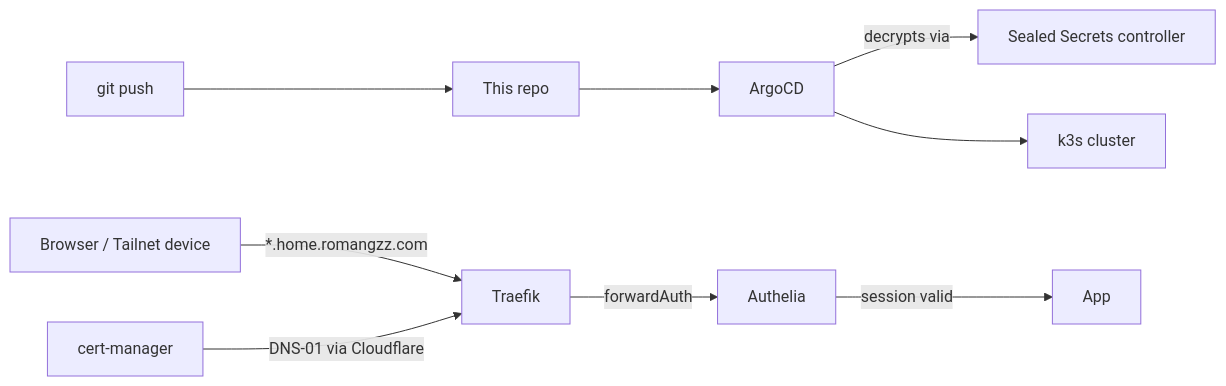
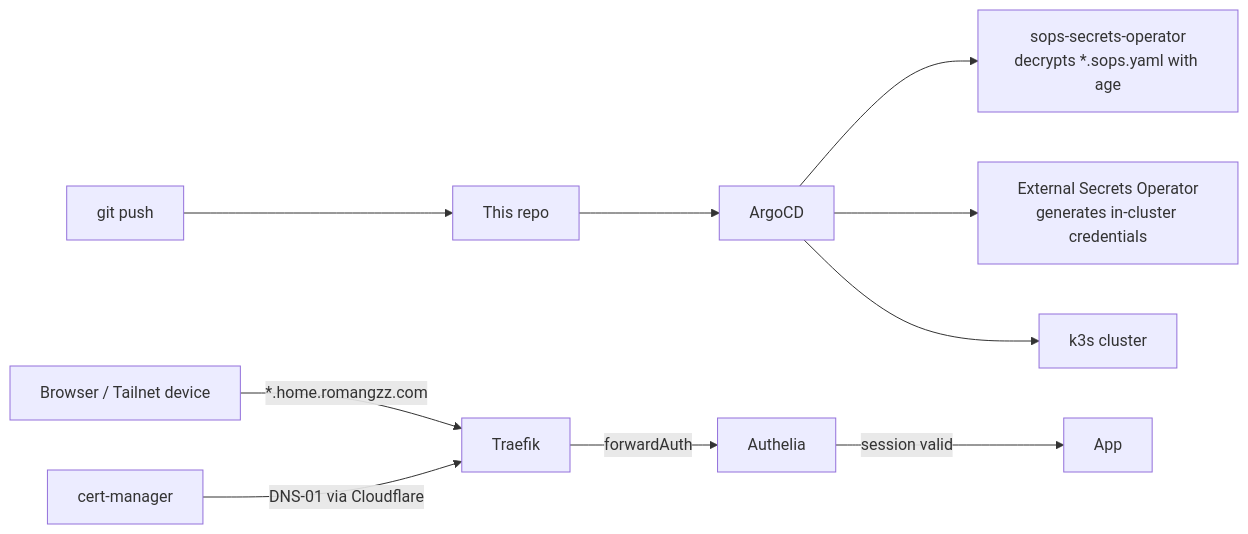
One commit to romangzz/homelab changed the diagram in README.md. Above: the diagram before and after it, drawn with Mermaid. The commit also changed other lines of this file and 7 other files, not shown here.

First line of the commit message:
feat: Retire Sealed Secrets

````diff
--- a/README.md
+++ b/README.md
@@ -7,12 +7,13 @@
 ```mermaid
 flowchart LR
     DEV[git push] --> REPO[This repo]
     REPO --> ARGO[ArgoCD]
-    ARGO -->|decrypts via| SS[Sealed Secrets controller]
+    ARGO --> SOPS[sops-secrets-operator<br/>decrypts *.sops.yaml with age]
+    ARGO --> ESO[External Secrets Operator<br/>generates in-cluster credentials]
     ARGO --> K8S[k3s cluster]
 
     U[Browser / Tailnet device] -->|"*.home.romangzz.com"| TR[Traefik]
     TR -->|forwardAuth| AUTH[Authelia]
     AUTH -->|session valid| APP[App]
     CM[cert-manager] -->|DNS-01 via Cloudflare| TR
 ```
````
